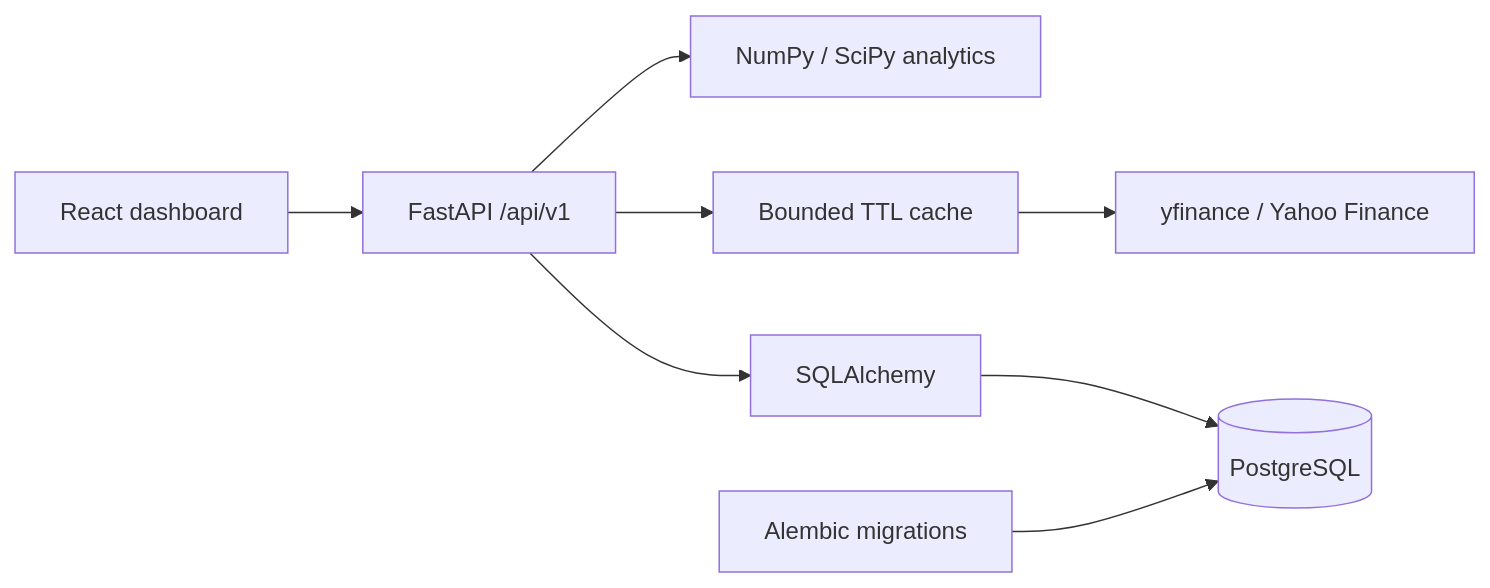
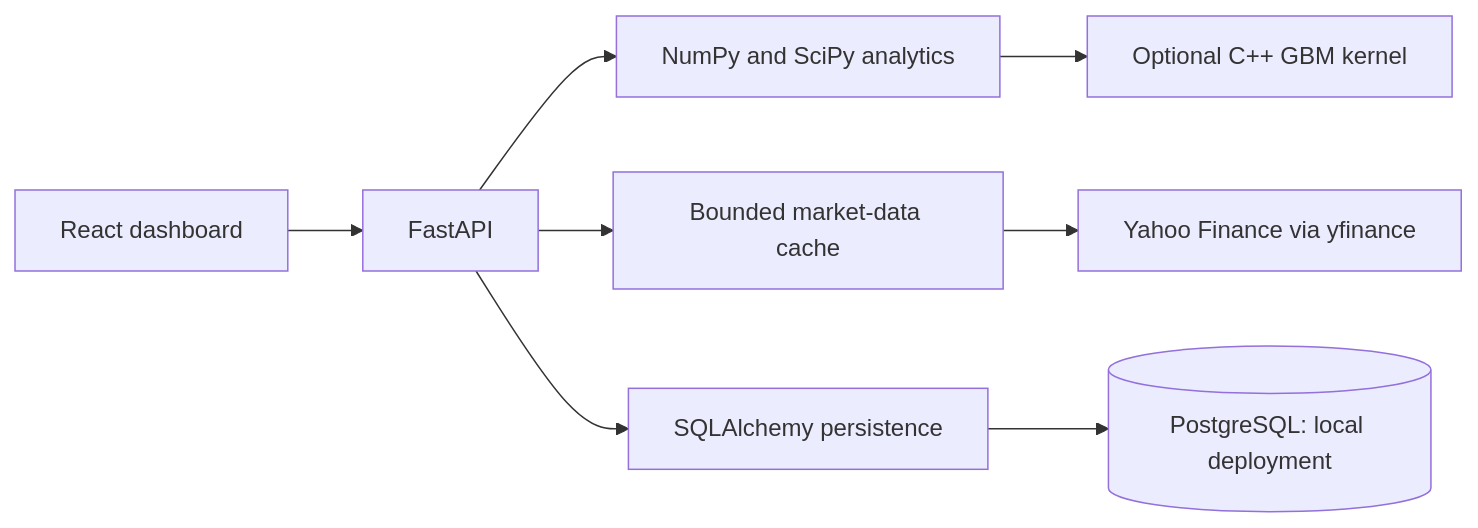
One commit to annan947/marketlens changed the diagram in README.md. Above: the diagram before and after it, drawn with Mermaid. The commit also changed other lines of this file and 1 other file, not shown here.

````diff
--- a/README.md
+++ b/README.md
@@ -43,10 +45,10 @@
 ```mermaid
 flowchart LR
-    Browser[React dashboard] --> API[FastAPI /api/v1]
-    API --> Quant[NumPy / SciPy analytics]
-    API --> Cache[Bounded TTL cache]
-    Cache --> Yahoo[yfinance / Yahoo Finance]
-    API --> ORM[SQLAlchemy]
-    ORM --> DB[(PostgreSQL)]
-    Migrations[Alembic migrations] --> DB
+    Dashboard[React dashboard] --> API[FastAPI]
+    API --> Quant[NumPy and SciPy analytics]
+    Quant --> Native[Optional C++ GBM kernel]
+    API --> Cache[Bounded market-data cache]
+    Cache --> Yahoo[Yahoo Finance via yfinance]
+    API --> Storage[SQLAlchemy persistence]
+    Storage --> Database[(PostgreSQL: local deployment)]
 ```
````
